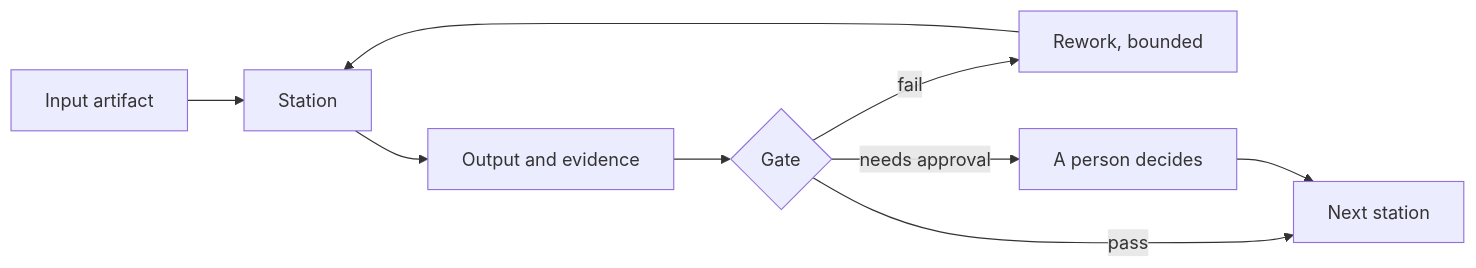
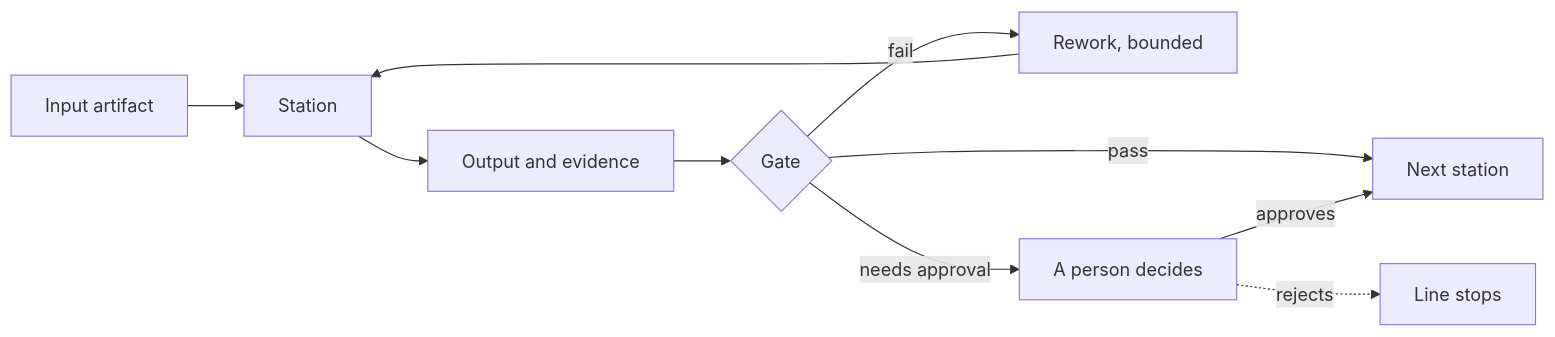
One commit to hnrly/pydantic-ai-factory changed the second of 2 diagrams in docs/concepts.md. Above: the diagram before and after it, drawn with Mermaid. The commit also changed other lines of this file and 8 other files, not shown here.

````diff
--- a/docs/concepts.md
+++ b/docs/concepts.md
@@ -49,11 +51,12 @@
 ```mermaid
 flowchart LR
     A["Input artifact"] --> ST["Station"]
     ST --> E["Output and evidence"]
     E --> G{"Gate"}
     G -->|"pass"| N["Next station"]
     G -->|"fail"| R["Rework, bounded"]
     R --> ST
     G -->|"needs approval"| H["A person decides"]
-    H --> N
+    H -->|"approves"| N
+    H -.->|"rejects"| X["Line stops"]
 ```
````
